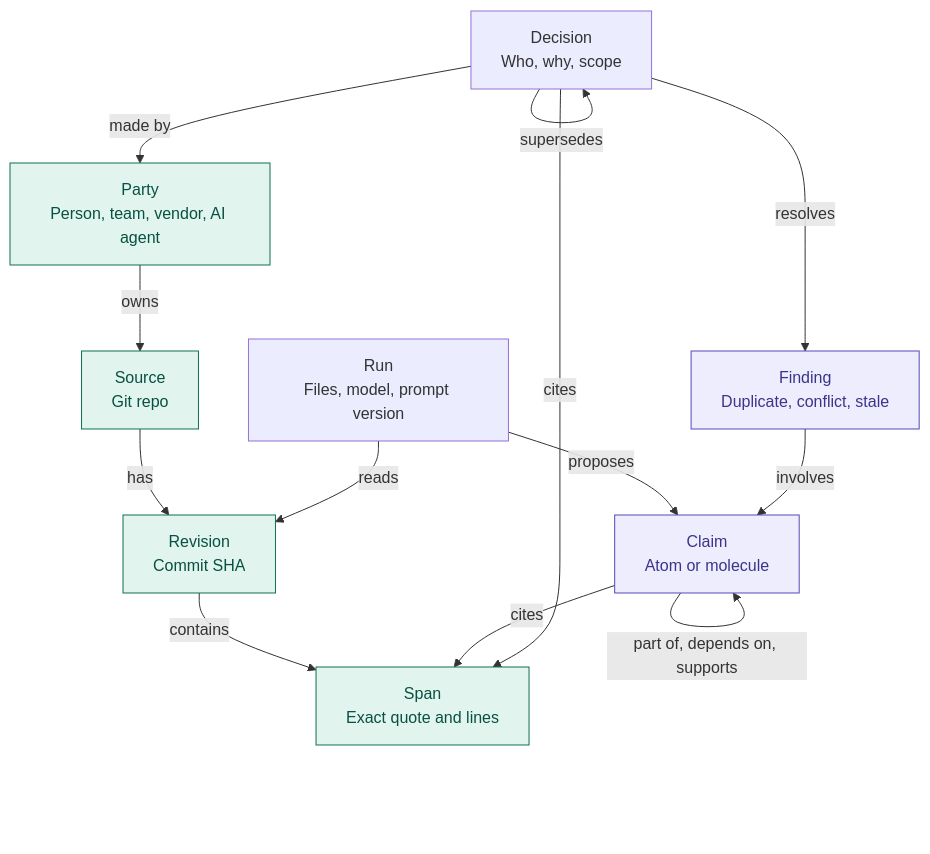
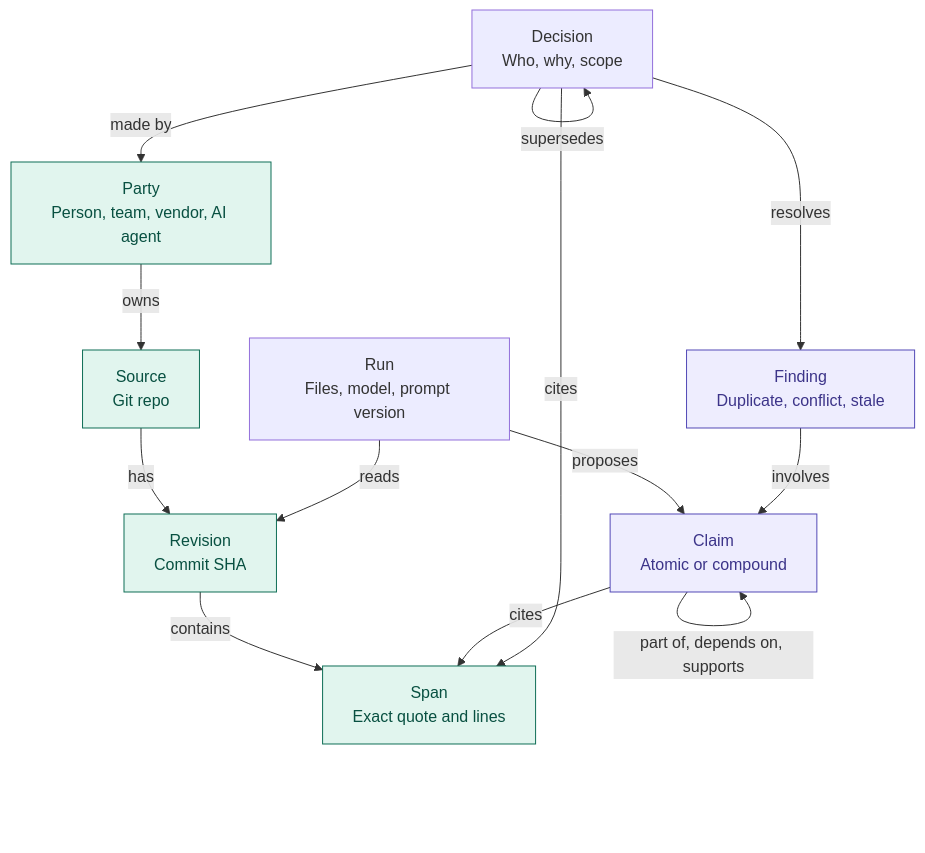
One commit to itsrachelfish/distillery changed the second of 2 diagrams in docs/mvp-plan.md. Above: the diagram before and after it, drawn with Mermaid. The commit also changed other lines of this file and 3 other files, not shown here.

Commit message:
docs: settle MVP architecture and add session 4 transcript

````diff
--- a/docs/mvp-plan.md
+++ b/docs/mvp-plan.md
@@ -47,27 +93,27 @@
 ```mermaid
 flowchart TD
     party["Party<br/>Person, team, vendor, AI agent"]
     source["Source<br/>Git repo"]
     revision["Revision<br/>Commit SHA"]
     span["Span<br/>Exact quote and lines"]
     run["Run<br/>Files, model, prompt version"]
-    claim["Claim<br/>Atom or molecule"]
+    claim["Claim<br/>Atomic or compound"]
     finding["Finding<br/>Duplicate, conflict, stale"]
     decision["Decision<br/>Who, why, scope"]
     party -->|owns| source
     source -->|has| revision
     revision -->|contains| span
     run -->|reads| revision
     run -->|proposes| claim
     claim -->|cites| span
     claim -->|part of, depends on, supports| claim
     finding -->|involves| claim
     decision -->|resolves| finding
     decision -->|cites| span
     decision -->|made by| party
     decision -->|supersedes| decision
     classDef ev fill:#E1F5EE,stroke:#0F6E56,color:#085041
     classDef llm fill:#EEEDFE,stroke:#534AB7,color:#3C3489
     class party,source,revision,span ev
     class claim,finding llm
 ```
````
